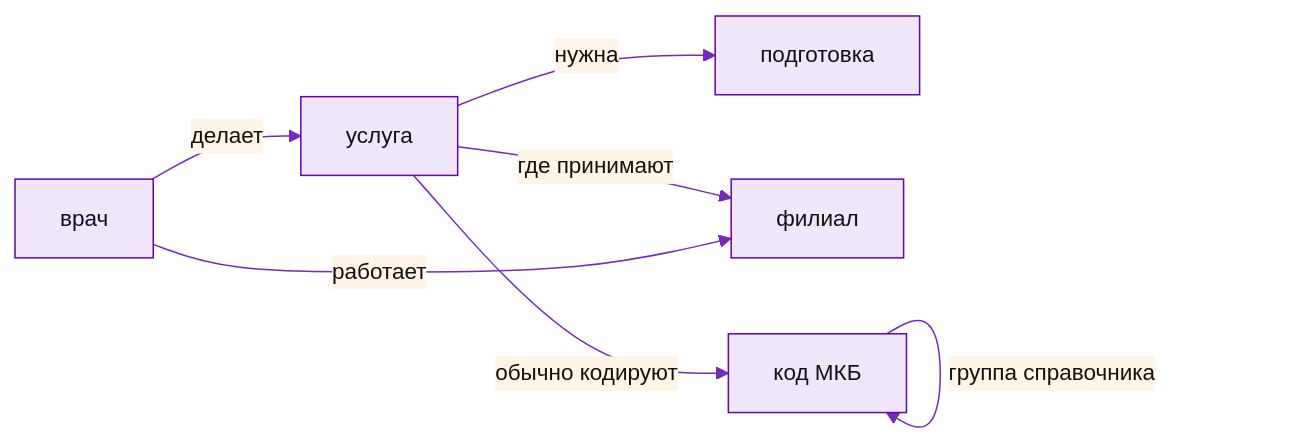
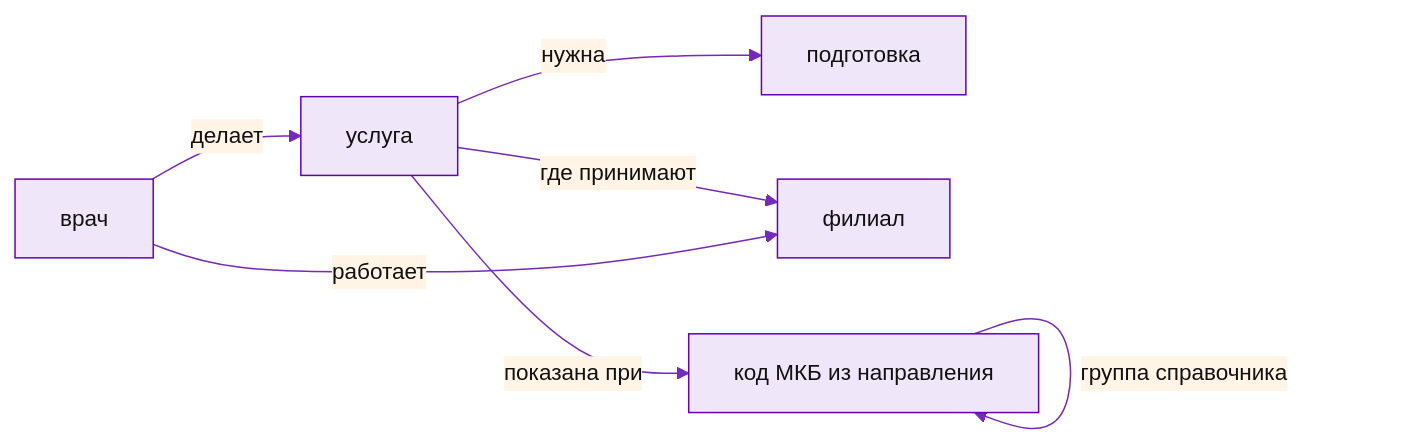
One commit to divisee/otus-ai-architect changed the diagram in final-project/slides/ontology.mmd. Above: the diagram before and after it, drawn with Mermaid. The commit also changed 7 other files, not shown here.

First line of the commit message:
Name the NER model, and fix the ICD relation: a service is indicated for a code.

```diff
--- a/final-project/slides/ontology.mmd
+++ b/final-project/slides/ontology.mmd
@@ -1,9 +1,9 @@
 %%{init: {'theme':'base','themeVariables':{'primaryColor':'#efe6fa','primaryTextColor':'#111111','primaryBorderColor':'#6402ba','lineColor':'#7629ba','secondaryColor':'#fff4e5','tertiaryColor':'#f4f4ff','fontFamily':'Roboto, Arial, sans-serif','fontSize':'15px','actorBkg':'#efe6fa','actorBorder':'#6402ba','actorTextColor':'#111111','signalColor':'#6402ba','signalTextColor':'#111111','noteBkgColor':'#fff4e5','noteBorderColor':'#ffab40'}}}%%
 
 flowchart LR
     Doctor[врач] -->|делает| Service[услуга]
     Service -->|нужна| Preparation[подготовка]
     Service -->|где принимают| Branch[филиал]
     Doctor -->|работает| Branch
-    Service -->|обычно кодируют| IcdCode[код МКБ]
+    Service -->|показана при| IcdCode[код МКБ из направления]
     IcdCode -->|группа справочника| IcdCode
```
